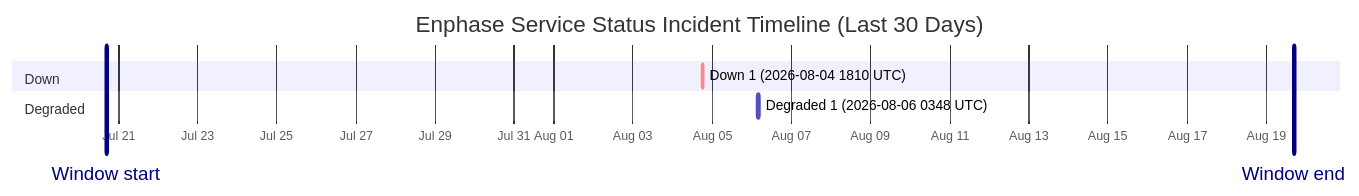
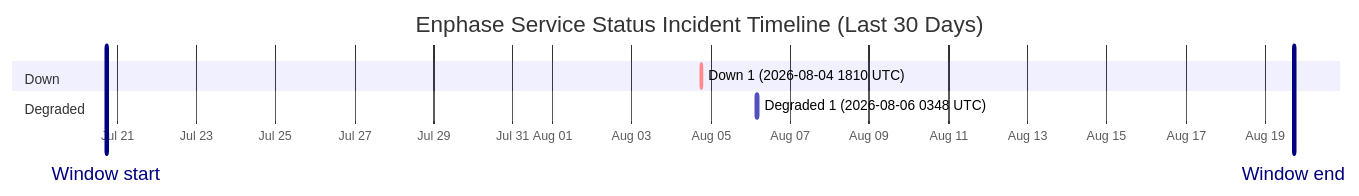
One commit to barneyonline/ha-enphase-energy changed the diagram in wiki/Service-Status-History.md. Above: the diagram before and after it, drawn with Mermaid. The commit also changed other lines of this file and 3 other files, not shown here.

````diff
--- a/wiki/Service-Status-History.md
+++ b/wiki/Service-Status-History.md
@@ -14,12 +14,12 @@
 ```mermaid
 gantt
     title Enphase Service Status Incident Timeline (Last 30 Days)
     dateFormat  YYYY-MM-DDTHH:mm:ss
     axisFormat  %b %d
-    Window start :vert, window-start, 2026-07-20T16:38:43, 0ms
-    Window end :vert, window-end, 2026-08-19T16:38:43, 0ms
+    Window start :vert, window-start, 2026-07-20T17:24:29, 0ms
+    Window end :vert, window-end, 2026-08-19T17:24:29, 0ms
     section Down
     Down 1 (2026-08-04 1810 UTC) :crit, down-1, 2026-08-04T18:10:46, 60m
     section Degraded
     Degraded 1 (2026-08-06 0348 UTC) :active, degraded-1, 2026-08-06T03:48:14, 60m
 ```
````
